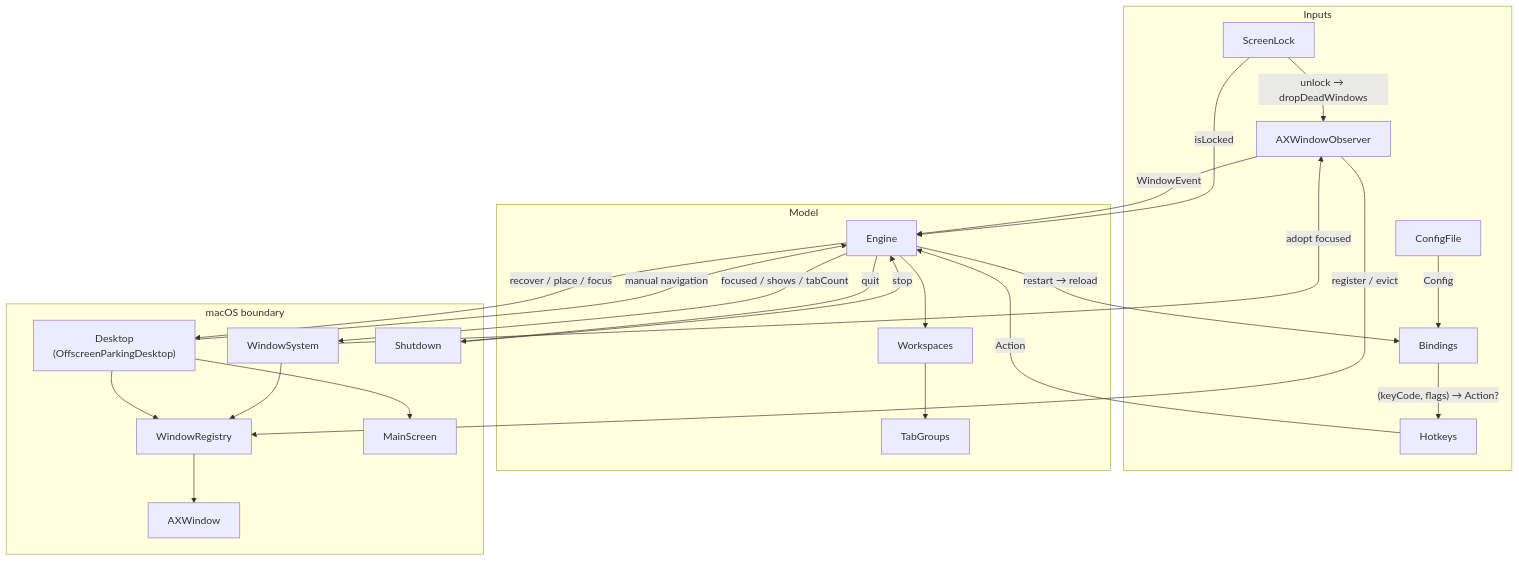
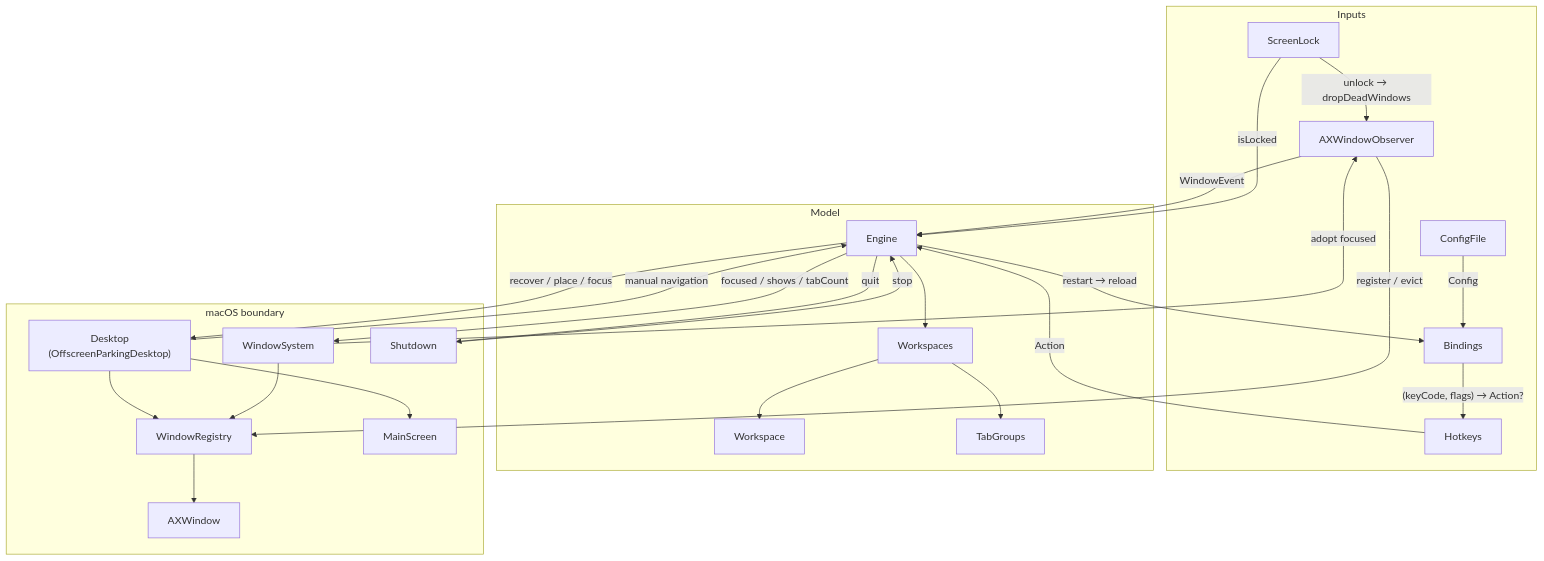
One commit to brennovich/ottowm changed the first of 4 diagrams in ARCHITECTURE.md. Above: the diagram before and after it, drawn with Mermaid. The commit also changed other lines of this file and 12 other files, not shown here.

First line of the commit message:
Extract Workspace model from Workspaces

````diff
--- a/ARCHITECTURE.md
+++ b/ARCHITECTURE.md
@@ -23,46 +23,48 @@
 ```mermaid
 flowchart TB
     subgraph inputs[Inputs]
         AXWindowObserver
         Hotkeys
         Bindings
         ConfigFile
         ScreenLock
     end
 
     subgraph model[Model]
         Engine
         Workspaces
+        Workspace
         TabGroups
     end
 
     subgraph os[macOS boundary]
         Desktop["Desktop<br/>(OffscreenParkingDesktop)"]
         WindowSystem
         WindowRegistry
         AXWindow
         MainScreen
         Shutdown
     end
 
     AXWindowObserver -->|WindowEvent| Engine
     ConfigFile -->|Config| Bindings
     Bindings -->|"(keyCode, flags) → Action?"| Hotkeys
     Hotkeys -->|Action| Engine
     Engine -->|restart → reload| Bindings
     Engine -->|quit| Shutdown
     Shutdown -->|stop| Engine
     ScreenLock -->|isLocked| Engine
     ScreenLock -->|unlock → dropDeadWindows| AXWindowObserver
     Engine --> Workspaces
+    Workspaces --> Workspace
     Workspaces --> TabGroups
     Engine -->|recover / place / focus| Desktop
     Engine -->|focused / shows / tabCount| WindowSystem
     Desktop -->|manual navigation| Engine
     AXWindowObserver -->|register / evict| WindowRegistry
     Desktop --> WindowRegistry
     Desktop --> MainScreen
     WindowSystem --> WindowRegistry
     WindowSystem -->|adopt focused| AXWindowObserver
     WindowRegistry --> AXWindow
 ```
````
